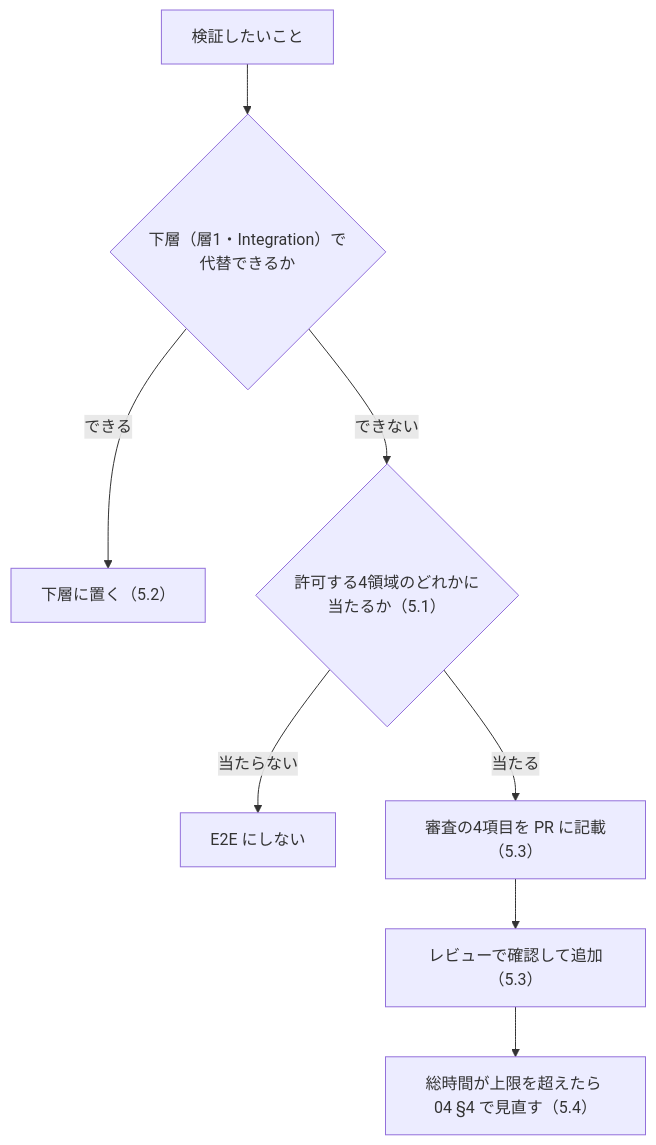
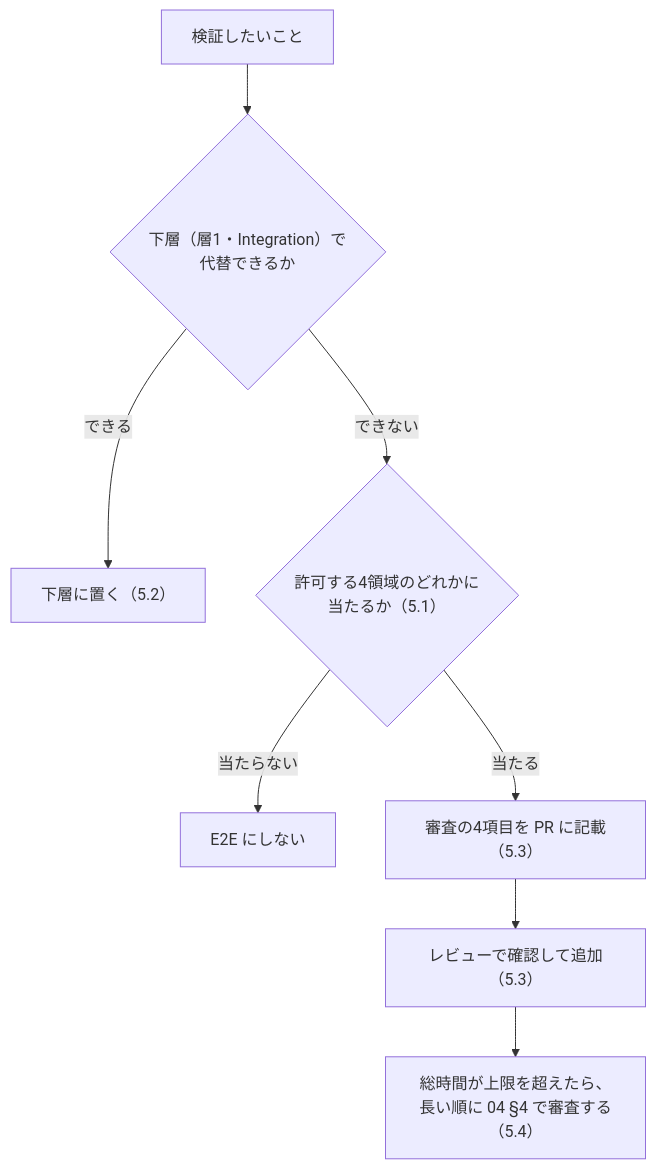
Before and after one commit to toshio-shiratori/harness-test-strategy: the diagram in docs/testing/02c-e2e.md, drawn with Mermaid. The commit also changed other lines of this file and 1 other file, not shown here.

````diff
--- a/docs/testing/02c-e2e.md
+++ b/docs/testing/02c-e2e.md
@@ -28,10 +28,10 @@
 ```mermaid
 flowchart TD
     A["検証したいこと"] --> B{"下層（層1・Integration）で<br/>代替できるか"}
     B -->|できる| C["下層に置く（5.2）"]
     B -->|できない| D{"許可する4領域のどれかに<br/>当たるか（5.1）"}
     D -->|当たらない| E["E2E にしない"]
     D -->|当たる| F["審査の4項目を PR に記載（5.3）"]
     F --> G["レビューで確認して追加（5.3）"]
-    G --> H["総時間が上限を超えたら 04 §4 で見直す（5.4）"]
+    G --> H["総時間が上限を超えたら、長い順に 04 §4 で審査する（5.4）"]
 ```
````
